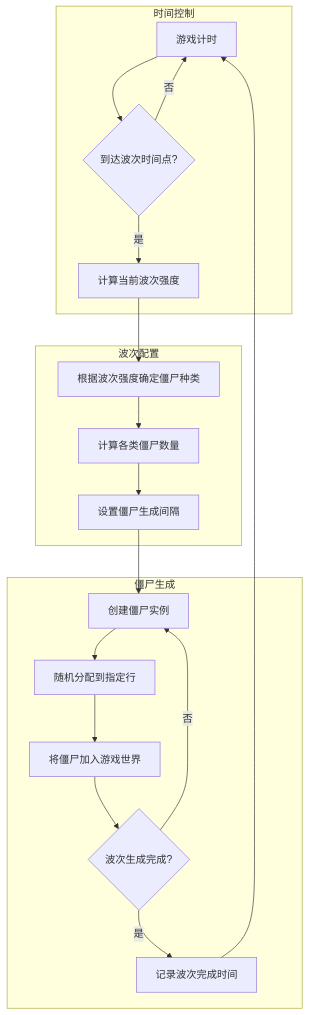
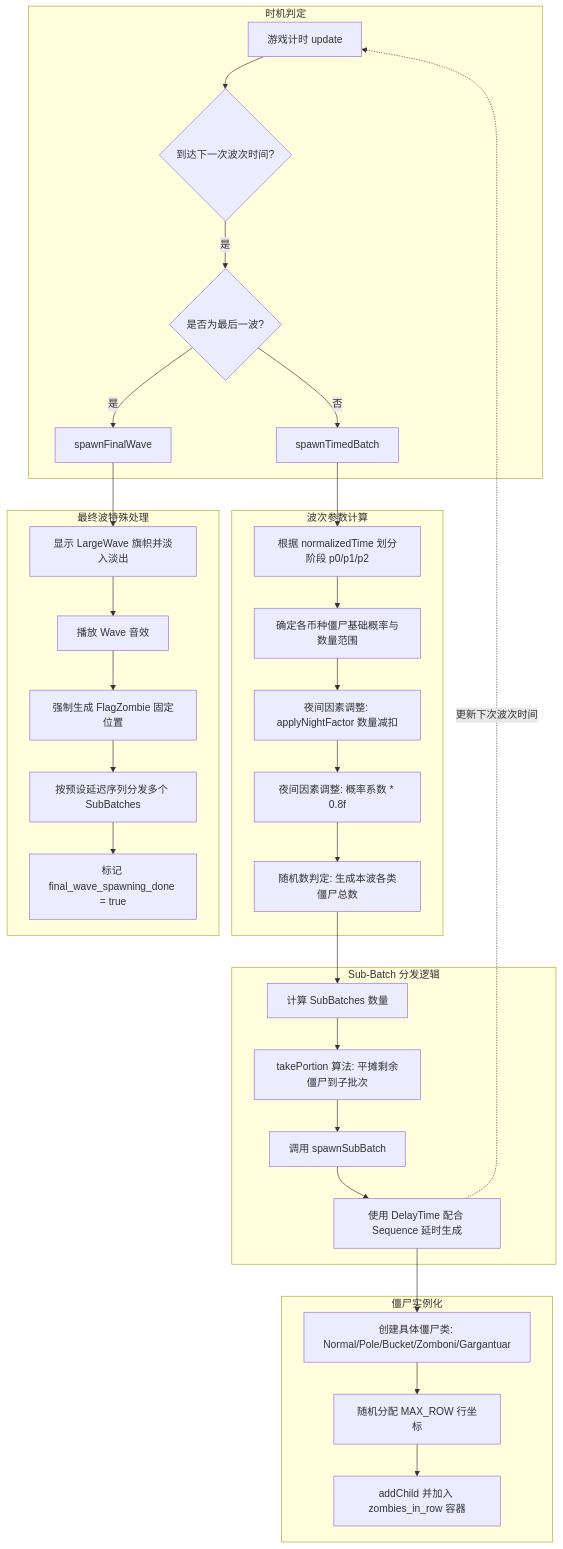
The fourth of 4 diagrams in README.md (x-yy-x/Cocos2dx-Plants-Vs-Zombies), drawn with Mermaid before and after one commit. The commit also changed other lines of this file, not shown here.

````diff
--- a/README.md
+++ b/README.md
@@ -1436,24 +1376,40 @@
 ```mermaid
 flowchart TD
-    subgraph 时间控制
-        A[游戏计时] --> B{到达波次时间点?}
-        B -->|是| C[计算当前波次强度]
-        B -->|否| A
+    subgraph 时机判定
+        A[游戏计时 update] --> B{到达下一次波次时间?}
+        B -->|是| C{是否为最后一波?}
+        C -->|否| D[spawnTimedBatch]
+        C -->|是| E[spawnFinalWave]
     end
-    
-    subgraph 波次配置
-        C --> D[根据波次强度确定僵尸种类]
-        D --> E[计算各类僵尸数量]
-        E --> F[设置僵尸生成间隔]
+
+    subgraph 逻辑计算 [波次参数计算]
+        D --> D1[根据 normalizedTime 划分阶段 p0/p1/p2]
+        D1 --> D2[确定各币种僵尸基础概率与数量范围]
+        D2 --> D3[夜间因素调整: applyNightFactor 数量减扣]
+        D3 --> D4[夜间因素调整: 概率系数 * 0.8f]
+        D4 --> D5[随机数判定: 生成本波各类僵尸总数]
     end
-    
-    subgraph 僵尸生成
-        F --> G[创建僵尸实例]
-        G --> H[随机分配到指定行]
-        H --> I[将僵尸加入游戏世界]
-        I --> J{波次生成完成?}
-        J -->|是| K[记录波次完成时间]
-        J -->|否| G
-        K --> A
+
+    subgraph 子批次分摊 [Sub-Batch 分发逻辑]
+        D5 --> F[计算 SubBatches 数量]
+        F --> G[takePortion 算法: 平摊剩余僵尸到子批次]
+        G --> H[调用 spawnSubBatch]
+        H --> I[使用 DelayTime 配合 Sequence 延时生成]
     end
+
+    subgraph 实体生成 [僵尸实例化]
+        I --> J[创建具体僵尸类: Normal/Pole/Bucket/Zomboni/Gargantuar]
+        J --> K[随机分配 MAX_ROW 行坐标]
+        K --> L[addChild 并加入 zombies_in_row 容器]
+    end
+
+    subgraph 最终波特殊处理
+        E --> E1[显示 LargeWave 旗帜并淡入淡出]
+        E1 --> E2[播放 Wave 音效]
+        E2 --> E3[强制生成 FlagZombie 固定位置]
+        E3 --> E4[按预设延迟序列分发多个 SubBatches]
+        E4 --> E5[标记 final_wave_spawning_done = true]
+    end
+
+    I -.->|更新下次波次时间| A
 ```
````
